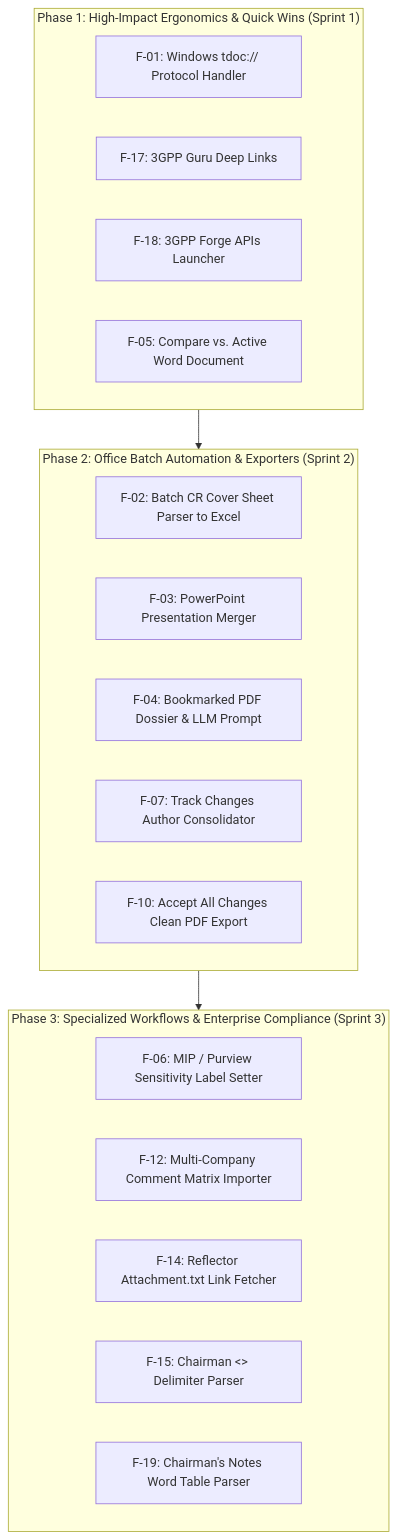
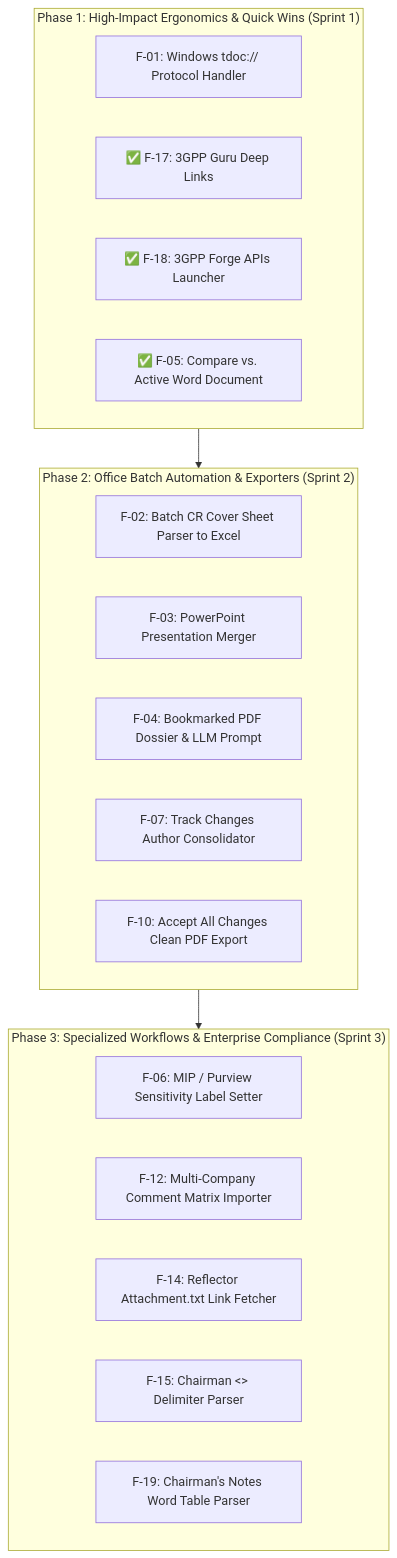
The diagram in 3GPP Tools/docs/legacy_features/README.md (telekom/3gpp-meeting-tools), drawn with Mermaid before and after one commit. The commit also changed 3 other files, not shown here.

Commit message:
docs: finalize F-05 Active Word vs. TDoc implementation details in legacy feature catalogs

````diff
--- a/3GPP Tools/docs/legacy_features/README.md
+++ b/3GPP Tools/docs/legacy_features/README.md
@@ -48,27 +48,27 @@
 ```mermaid
 flowchart TD
     subgraph Phase1["Phase 1: High-Impact Ergonomics & Quick Wins (Sprint 1)"]
         P1_1["F-01: Windows tdoc:// Protocol Handler"]
-        P1_2["F-17: 3GPP Guru Deep Links"]
-        P1_3["F-18: 3GPP Forge APIs Launcher"]
-        P1_4["F-05: Compare vs. Active Word Document"]
+        P1_2["✅ F-17: 3GPP Guru Deep Links"]
+        P1_3["✅ F-18: 3GPP Forge APIs Launcher"]
+        P1_4["✅ F-05: Compare vs. Active Word Document"]
     end
 
     subgraph Phase2["Phase 2: Office Batch Automation & Exporters (Sprint 2)"]
         P2_1["F-02: Batch CR Cover Sheet Parser to Excel"]
         P2_2["F-03: PowerPoint Presentation Merger"]
         P2_3["F-04: Bookmarked PDF Dossier & LLM Prompt"]
         P2_4["F-07: Track Changes Author Consolidator"]
         P2_5["F-10: Accept All Changes Clean PDF Export"]
     end
 
     subgraph Phase3["Phase 3: Specialized Workflows & Enterprise Compliance (Sprint 3)"]
         P3_1["F-06: MIP / Purview Sensitivity Label Setter"]
         P3_2["F-12: Multi-Company Comment Matrix Importer"]
         P3_3["F-14: Reflector Attachment.txt Link Fetcher"]
         P3_4["F-15: Chairman <<START>> Delimiter Parser"]
         P3_5["F-19: Chairman's Notes Word Table Parser"]
     end
 
     Phase1 --> Phase2 --> Phase3
 ```
````
